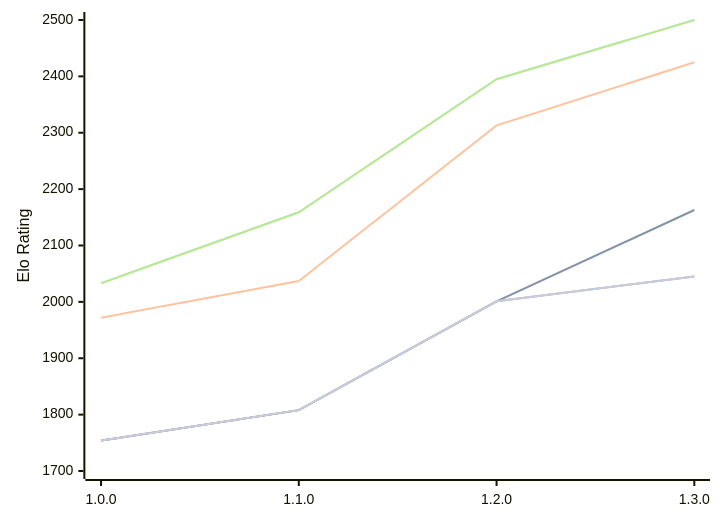
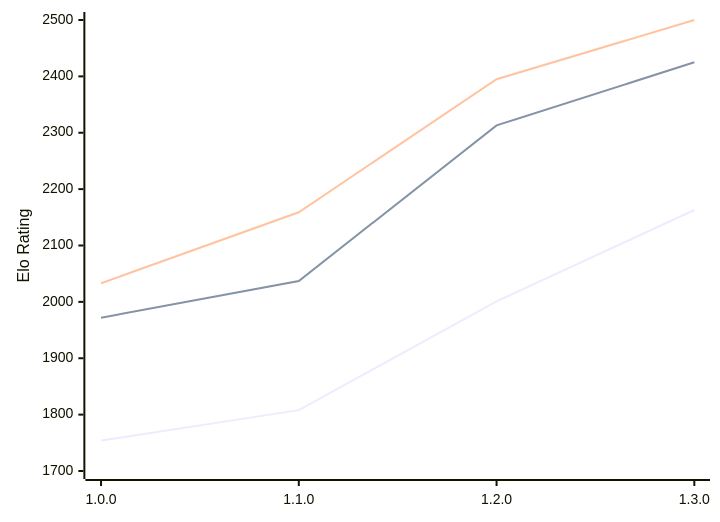
One commit to computer-chess-index/cci changed the diagram in engines/Anodos.md. Above: the diagram before and after it, drawn with Mermaid. The commit also changed other lines of this file, not shown here.

````diff
--- a/engines/Anodos.md
+++ b/engines/Anodos.md
@@ -50,13 +50,9 @@
 ```mermaid
 %%{init: {"theme":"base","themeVariables":{"seriesColors:['#a3a3a3','#222221','#faa371']}}}%%
 xychart-beta
   x-axis ["1.0.0", "1.1.0", "1.2.0", "1.3.0"]
   y-axis "Elo Rating" 1700 --> 2500
-  line "" [1754, 1808, 2001, 2163]
   line "T1: STC (8.0+0.08s)" [1754, 1808, 2001, 2163]
   line "T1: LTC (60.0+0.60s)" [1972, 2037, 2313, 2425]
-  line "" [2033, 2159, 2395, 2500]
   line "T1: VLTC (2m24s+1.12s)" [2033, 2159, 2395, 2500]
-  line "" [1754, 1808, 2001,2045]
-  line "E1: STC (8.0+0.08s)" [1754, 1808, 2001,2045]
 ```
````
